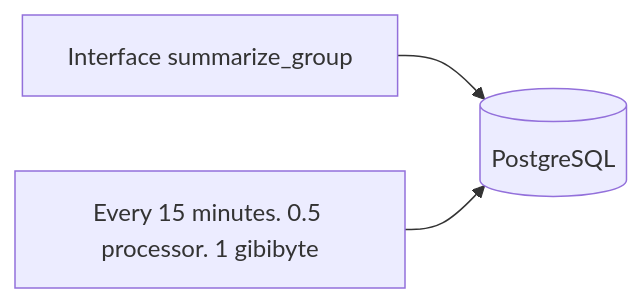
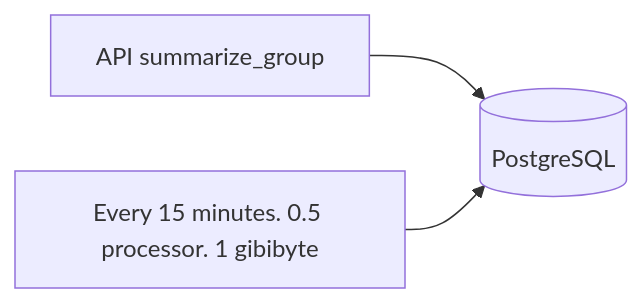
Before and after one commit to highprincezero/wn-voice-analytics: the sixth of 7 diagrams in docs/scaling.md, drawn with Mermaid. The commit also changed other lines of this file and 12 other files, not shown here.

````diff
--- a/docs/scaling.md
+++ b/docs/scaling.md
@@ -93,5 +95,5 @@
 ```mermaid
 flowchart LR
-  api["Interface summarize_group"] --> db[(PostgreSQL)]
+  api["API summarize_group"] --> db[(PostgreSQL)]
   job["Every 15 minutes. 0.5 processor. 1 gibibyte"] --> db
 ```
````
